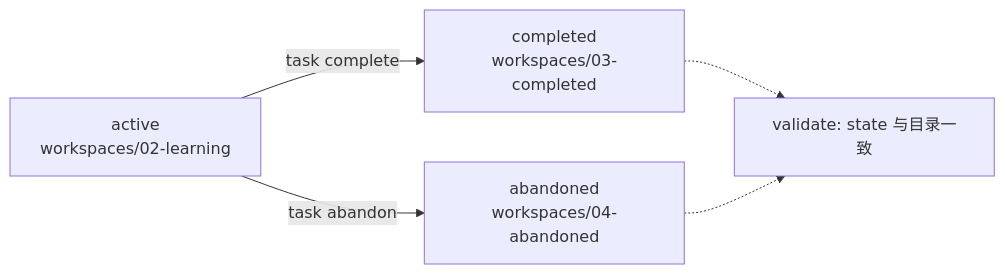
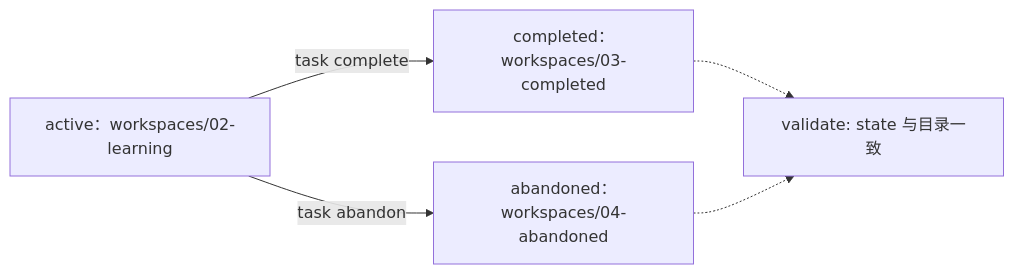
One commit to hedon954/daedalus changed the second of 3 diagrams in README.md. Above: the diagram before and after it, drawn with Mermaid. The commit also changed other lines of this file and 17 other files, not shown here.

````diff
--- a/README.md
+++ b/README.md
@@ -73,7 +74,7 @@
 ```mermaid
 flowchart LR
-    Active["active\nworkspaces/02-learning"] -->|"task complete"| Completed["completed\nworkspaces/03-completed"]
-    Active -->|"task abandon"| Abandoned["abandoned\nworkspaces/04-abandoned"]
+    Active["active：workspaces/02-learning"] -->|"task complete"| Completed["completed：workspaces/03-completed"]
+    Active -->|"task abandon"| Abandoned["abandoned：workspaces/04-abandoned"]
     Completed -.-> Validate["validate: state 与目录一致"]
     Abandoned -.-> Validate
 ```
````
